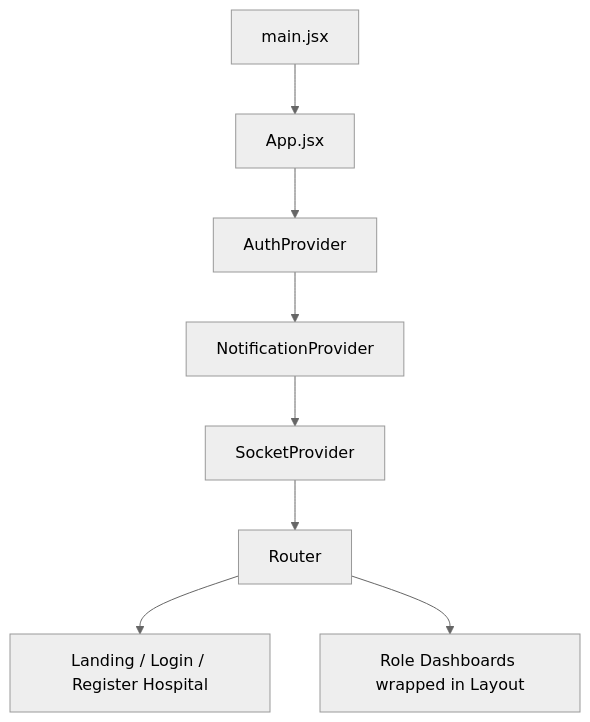
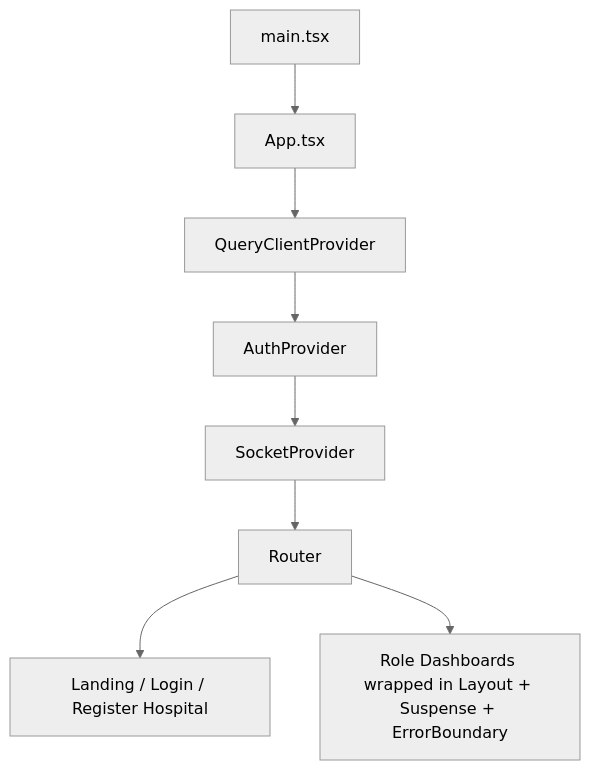
Before and after one commit to eklavyamathur9/pulse-hms-platform: the first of 2 diagrams in docs/frontend.md, drawn with Mermaid (neutral theme). The commit also changed other lines of this file and 10 other files, not shown here.

````diff
--- a/docs/frontend.md
+++ b/docs/frontend.md
@@ -80,10 +123,10 @@
 ```mermaid
 flowchart TD
-  main[main.jsx] --> App[App.jsx]
-  App --> AuthProvider
-  AuthProvider --> NotificationProvider
-  NotificationProvider --> SocketProvider
-  SocketProvider --> Router
+  main[main.tsx] --> App[App.tsx]
+  App --> QueryClient[QueryClientProvider]
+  QueryClient --> Auth[AuthProvider]
+  Auth --> Socket[SocketProvider]
+  Socket --> Router
   Router --> PublicRoutes[Landing / Login / Register Hospital]
-  Router --> ProtectedRoutes[Role Dashboards wrapped in Layout]
+  Router --> ProtectedRoutes[Role Dashboards wrapped in Layout + Suspense + ErrorBoundary]
 ```
````
